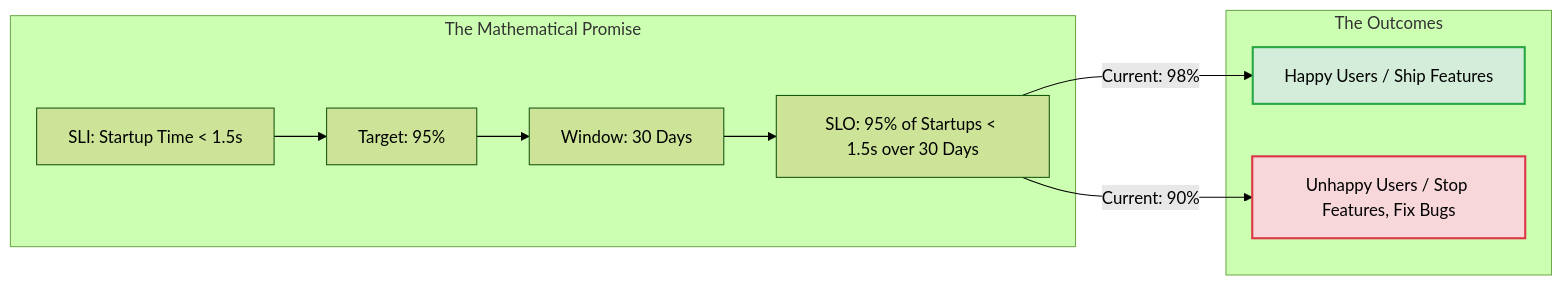
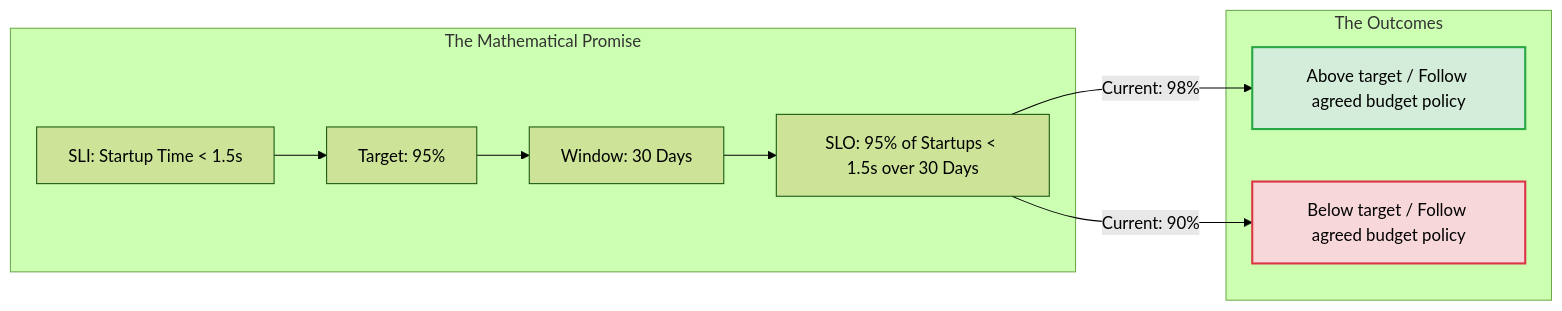
One commit to swarnsingh/android-staff-engineer-playbook-website changed the diagram in observability/slos.md. Above: the diagram before and after it, drawn with Mermaid (forest theme). The commit also changed other lines of this file and 16 other files, not shown here.

````diff
--- a/observability/slos.md
+++ b/observability/slos.md
@@ -52,16 +52,16 @@
 ```mermaid
 graph LR
     subgraph "The Mathematical Promise"
         SLI["SLI: Startup Time < 1.5s"] --> Target[Target: 95%]
         Target --> Window[Window: 30 Days]
         Window --> SLO["SLO: 95% of Startups < 1.5s over 30 Days"]
     end
     
     subgraph "The Outcomes"
-        SLO -->|Current: 98%| Happy[Happy Users / Ship Features]
-        SLO -->|Current: 90%| Sad[Unhappy Users / Stop Features, Fix Bugs]
+        SLO -->|Current: 98%| Happy[Above target / Follow agreed budget policy]
+        SLO -->|Current: 90%| Sad[Below target / Follow agreed budget policy]
     end
     
     style Happy fill:#d4edda,stroke:#28a745,stroke-width:2px;
     style Sad fill:#f8d7da,stroke:#dc3545,stroke-width:2px;
 ```
````
